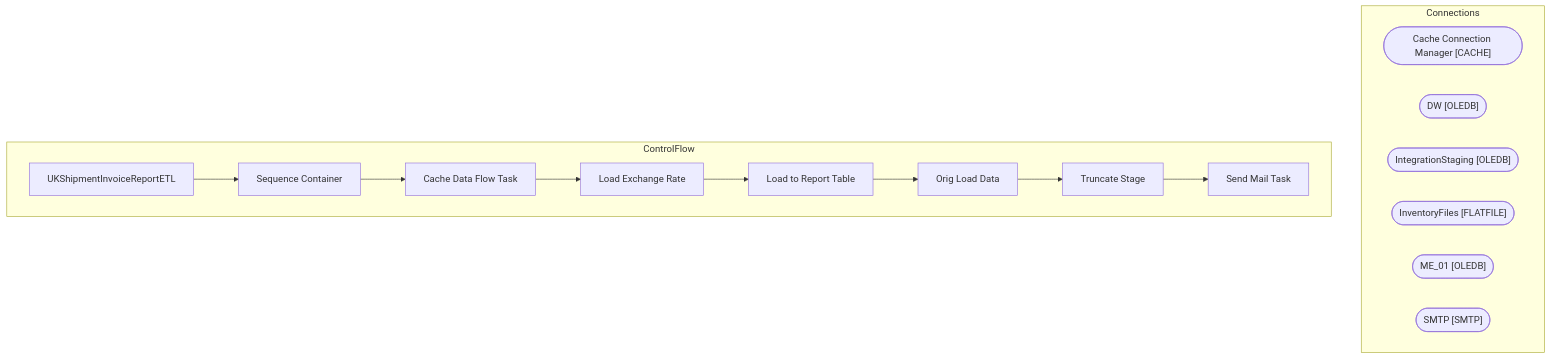
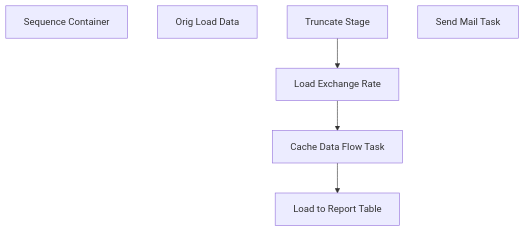
One commit to juanandresbrain/BABSkills changed the diagram in bab-docs-explorer/Documentation/STL-SSIS-P-01/SSIS/DailyReportingBuild/UKShipmentInvoiceReportETL.UKShipmentInvoiceReportETL.md. Above: the diagram before and after it, drawn with Mermaid. The commit also changed other lines of this file and 273 other files, not shown here.

````diff
--- a/bab-docs-explorer/Documentation/STL-SSIS-P-01/SSIS/DailyReportingBuild/UKShipmentInvoiceReportETL.UKShipmentInvoiceReportETL.md
+++ b/bab-docs-explorer/Documentation/STL-SSIS-P-01/SSIS/DailyReportingBuild/UKShipmentInvoiceReportETL.UKShipmentInvoiceReportETL.md
@@ -9,28 +45,13 @@
 ```mermaid
 flowchart TD
-    subgraph Connections
-        Cache_Connection_Manager_conn(["Cache Connection Manager [CACHE]"])
-        DW_conn(["DW [OLEDB]"])
-        IntegrationStaging_conn(["IntegrationStaging [OLEDB]"])
-        InventoryFiles_conn(["InventoryFiles [FLATFILE]"])
-        ME_01_conn(["ME_01 [OLEDB]"])
-        SMTP_conn(["SMTP [SMTP]"])
-    end
-    subgraph ControlFlow
-        UKShipmentInvoiceReportETL_task["UKShipmentInvoiceReportETL"]
-        Sequence_Container_task["Sequence Container"]
-        UKShipmentInvoiceReportETL_task --> Sequence_Container_task
-        Cache_Data_Flow_Task_task["Cache Data Flow Task"]
-        Sequence_Container_task --> Cache_Data_Flow_Task_task
-        Load_Exchange_Rate_task["Load Exchange Rate"]
-        Cache_Data_Flow_Task_task --> Load_Exchange_Rate_task
-        Load_to_Report_Table_task["Load to Report Table"]
-        Load_Exchange_Rate_task --> Load_to_Report_Table_task
-        Orig_Load_Data_task["Orig Load Data"]
-        Load_to_Report_Table_task --> Orig_Load_Data_task
-        Truncate_Stage_task["Truncate Stage"]
-        Orig_Load_Data_task --> Truncate_Stage_task
-        Send_Mail_Task_task["Send Mail Task"]
-        Truncate_Stage_task --> Send_Mail_Task_task
-    end
+    n_Package_Sequence_Container["Sequence Container"]
+    n_Package_Sequence_Container_Cache_Data_Flow_Task["Cache Data Flow Task"]
+    n_Package_Sequence_Container_Load_Exchange_Rate["Load Exchange Rate"]
+    n_Package_Sequence_Container_Load_to_Report_Table["Load to Report Table"]
+    n_Package_Sequence_Container_Orig_Load_Data["Orig Load Data"]
+    n_Package_Sequence_Container_Truncate_Stage["Truncate Stage"]
+    n_Package_EventHandlers_OnError__Send_Mail_Task["Send Mail Task"]
+    n_Package_Sequence_Container_Truncate_Stage --> n_Package_Sequence_Container_Load_Exchange_Rate
+    n_Package_Sequence_Container_Load_Exchange_Rate --> n_Package_Sequence_Container_Cache_Data_Flow_Task
+    n_Package_Sequence_Container_Cache_Data_Flow_Task --> n_Package_Sequence_Container_Load_to_Report_Table
 ```
````
